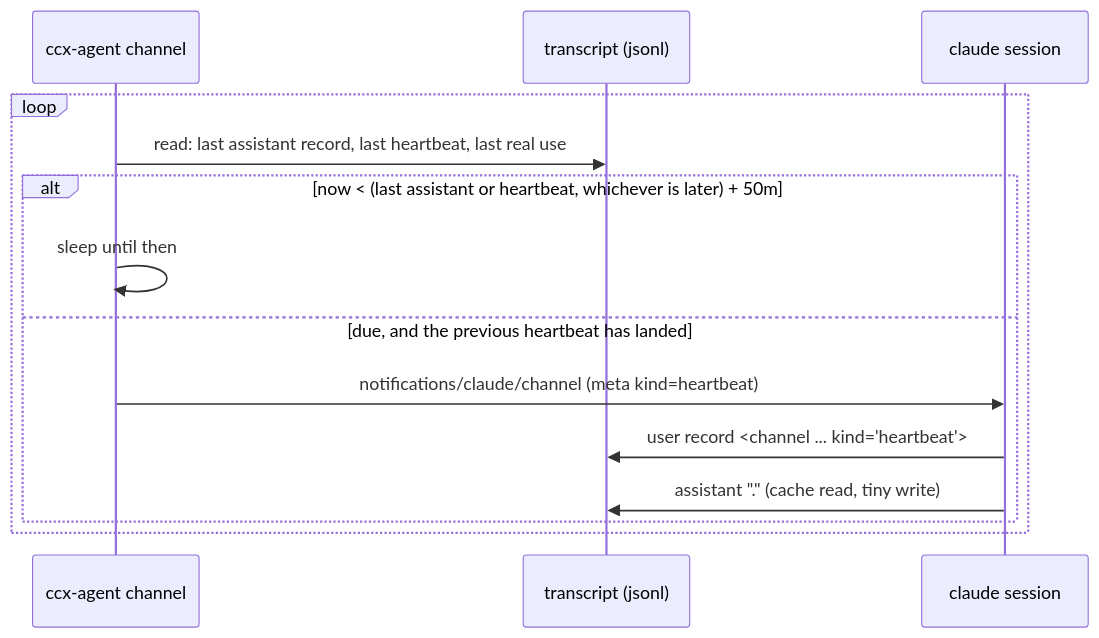
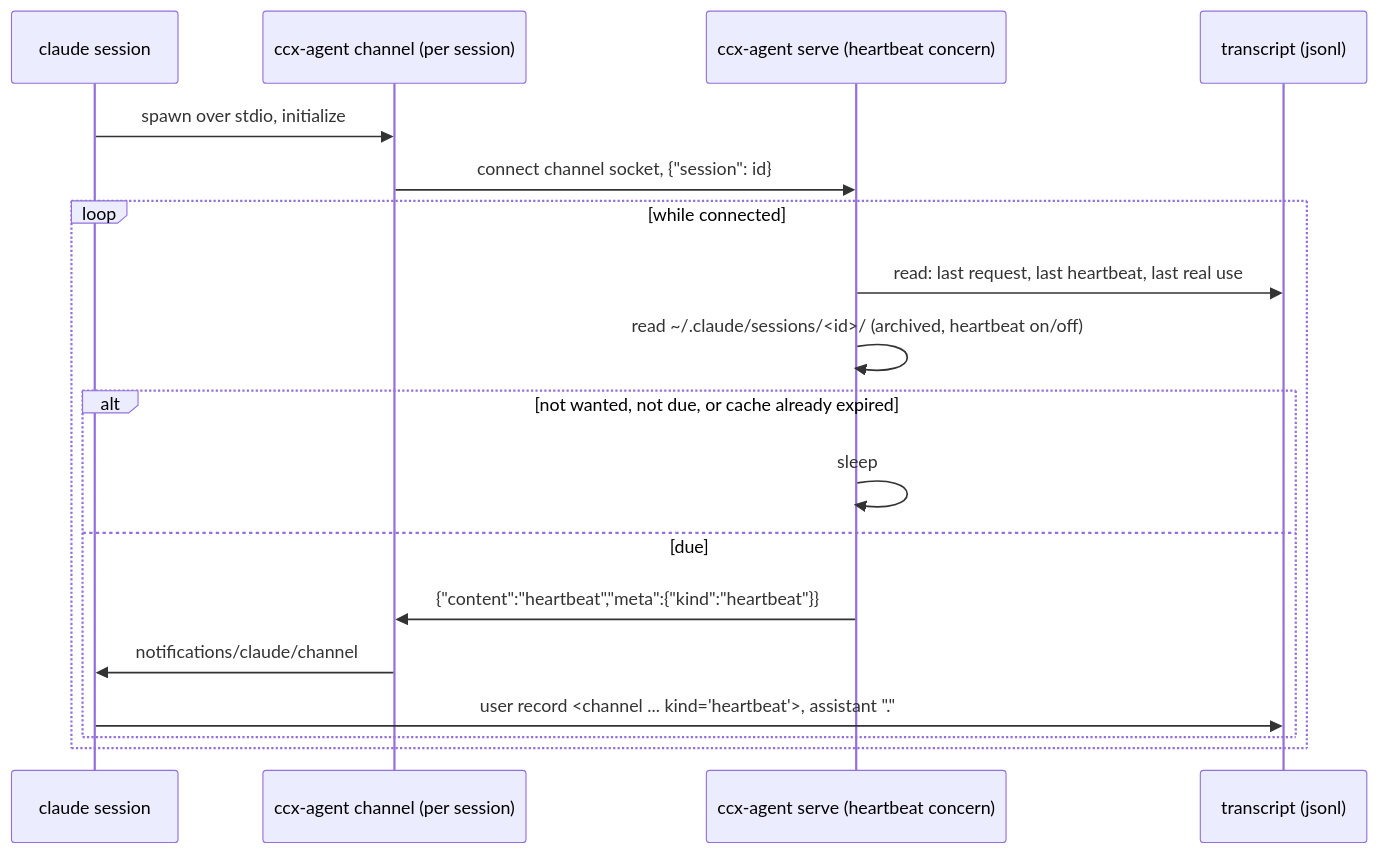
One commit to TakashiAihara/ccx changed the diagram in docs/design/heartbeat.md. Above: the diagram before and after it, drawn with Mermaid. The commit also changed other lines of this file and 17 other files, not shown here.

First line of the commit message:
refactor(agent): decide heartbeats in serve, with per-session on/off

````diff
--- a/docs/design/heartbeat.md
+++ b/docs/design/heartbeat.md
@@ -20,17 +20,21 @@
 ```mermaid
 sequenceDiagram
-    participant C as ccx-agent channel
+    participant S as claude session
+    participant C as ccx-agent channel (per session)
+    participant A as ccx-agent serve (heartbeat concern)
     participant T as transcript (jsonl)
-    participant S as claude session
 
-    loop
-        C->>T: read: last assistant record, last heartbeat, last real use
-        alt now < (last assistant or heartbeat, whichever is later) + 50m
-            C->>C: sleep until then
-        else due, and the previous heartbeat has landed
-            C->>S: notifications/claude/channel (meta kind=heartbeat)
-            S->>T: user record <channel ... kind="heartbeat">
-            S->>T: assistant "." (cache read, tiny write)
+    S->>C: spawn over stdio, initialize
+    C->>A: connect channel socket, {"session": id}
+    loop while connected
+        A->>T: read: last request, last heartbeat, last real use
+        A->>A: read ~/.claude/sessions/<id>/ (archived, heartbeat on/off)
+        alt not wanted, not due, or cache already expired
+            A->>A: sleep
+        else due
+            A->>C: {"content":"heartbeat","meta":{"kind":"heartbeat"}}
+            C->>S: notifications/claude/channel
+            S->>T: user record <channel ... kind="heartbeat">, assistant "."
         end
     end
 ```
````
